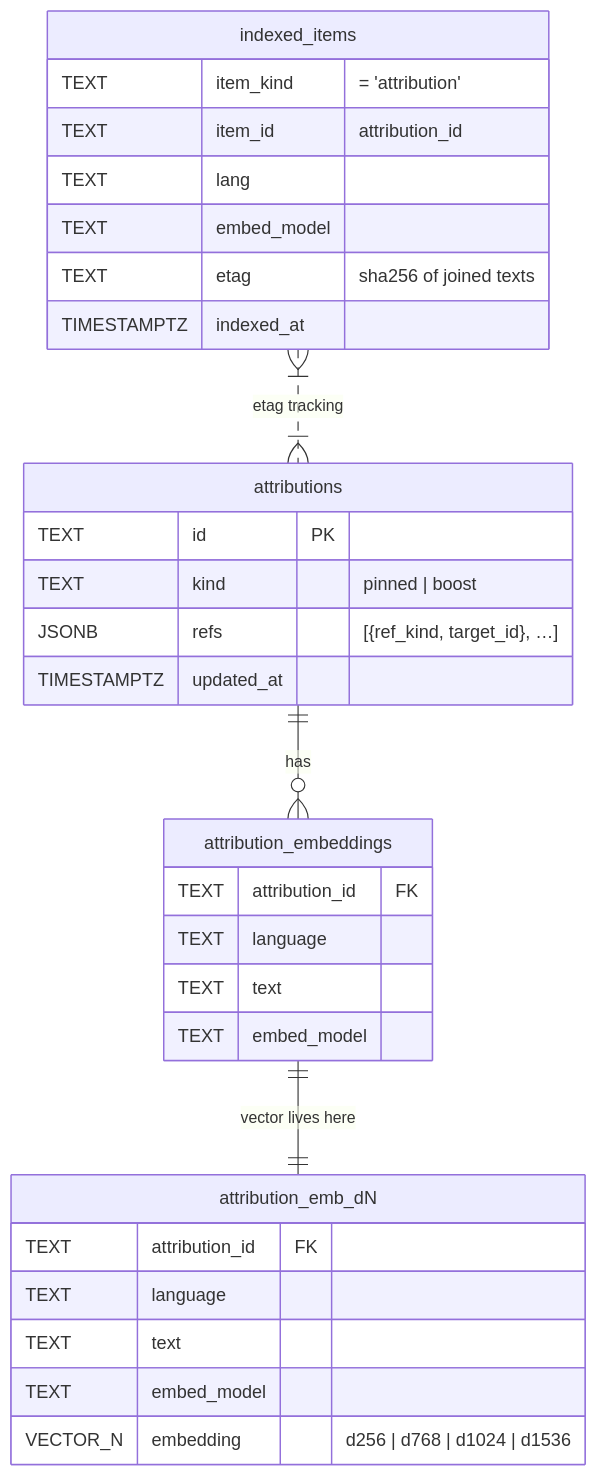
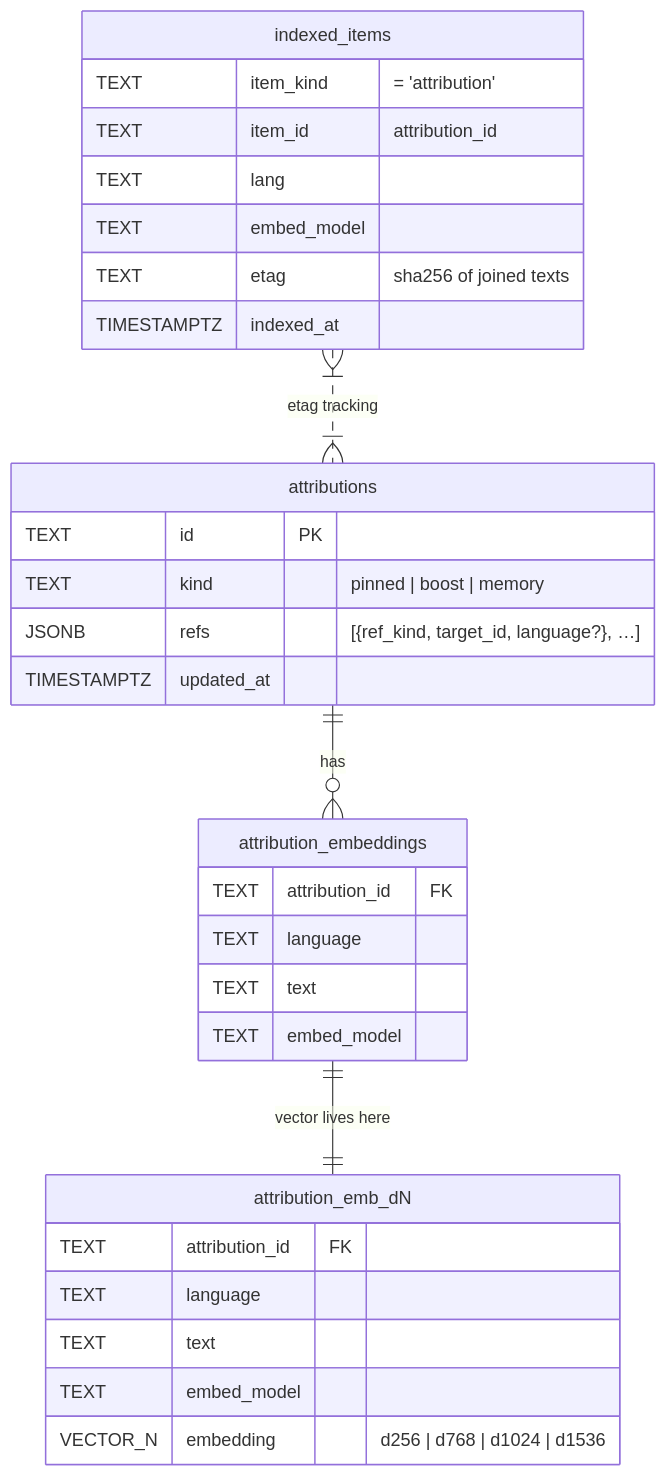
Before and after one commit to jiva-studio/shruti: the third of 3 diagrams in docs/repos/shruti/architecture/attribution.md, drawn with Mermaid. The commit also changed other lines of this file and 3 other files, not shown here.

First line of the commit message:
docs: add Memory (curator background context) architecture page

````diff
--- a/docs/repos/shruti/architecture/attribution.md
+++ b/docs/repos/shruti/architecture/attribution.md
@@ -110,34 +119,34 @@
 ```mermaid
 erDiagram
     attributions ||--o{ attribution_embeddings : has
     attribution_embeddings ||--|| attribution_emb_dN : "vector lives here"
     indexed_items }|..|{ attributions : "etag tracking"
 
     attributions {
         TEXT id PK
-        TEXT kind "pinned | boost"
-        JSONB refs "[{ref_kind, target_id}, …]"
+        TEXT kind "pinned | boost | memory"
+        JSONB refs "[{ref_kind, target_id, language?}, …]"
         TIMESTAMPTZ updated_at
     }
     attribution_embeddings {
         TEXT attribution_id FK
         TEXT language
         TEXT text
         TEXT embed_model
     }
     attribution_emb_dN {
         TEXT attribution_id FK
         TEXT language
         TEXT text
         TEXT embed_model
         VECTOR_N embedding "d256 | d768 | d1024 | d1536"
     }
     indexed_items {
         TEXT item_kind "= 'attribution'"
         TEXT item_id "attribution_id"
         TEXT lang
         TEXT embed_model
         TEXT etag "sha256 of joined texts"
         TIMESTAMPTZ indexed_at
     }
 ```
````
